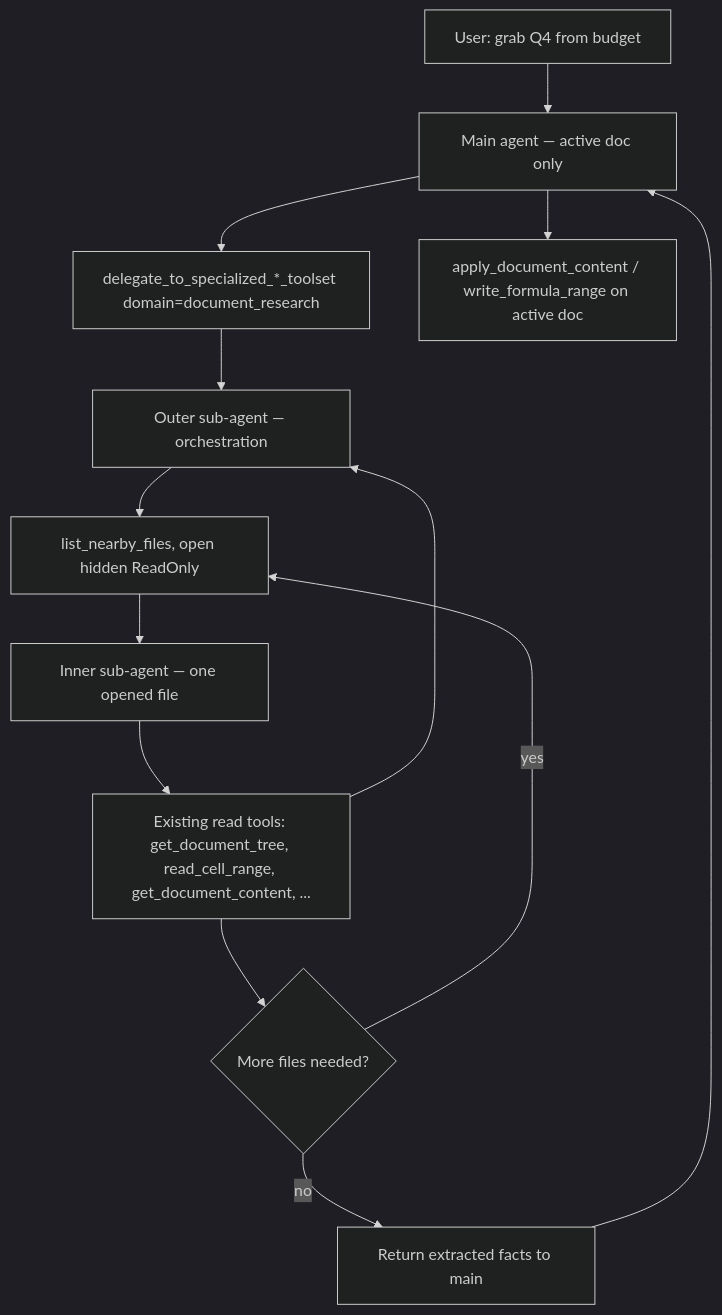
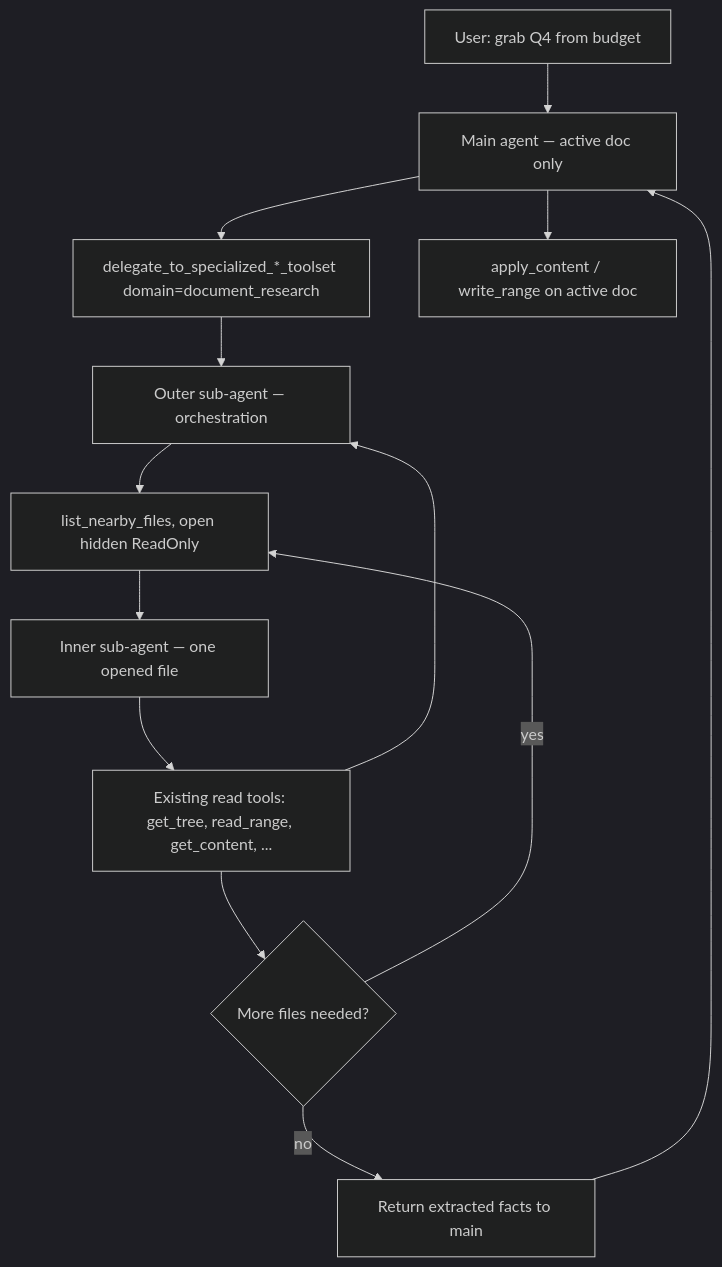
Before and after one commit to KeithCu/writeragent: the second of 3 diagrams in docs/chat/multi-document-dev-plan.md, drawn with Mermaid (dark theme). The commit also changed other lines of this file and 327 other files, not shown here.

````diff
--- a/docs/chat/multi-document-dev-plan.md
+++ b/docs/chat/multi-document-dev-plan.md
@@ -101,22 +101,22 @@
 ```mermaid
 flowchart TD
     UserMsg["User: grab Q4 from budget"]
     MainAgent["Main agent — active doc only"]
     Delegate["delegate_to_specialized_*_toolset domain=document_research"]
     Outer["Outer sub-agent — orchestration"]
     ListOpen["list_nearby_files, open hidden ReadOnly"]
     Inner["Inner sub-agent — one opened file"]
-    ReadTools["Existing read tools: get_document_tree, read_cell_range, get_document_content, ..."]
+    ReadTools["Existing read tools: get_tree, read_range, get_content, ..."]
     MoreFiles{"More files needed?"}
     OuterReturn["Return extracted facts to main"]
-    WriteActive["apply_document_content / write_formula_range on active doc"]
+    WriteActive["apply_content / write_range on active doc"]
 
     UserMsg --> MainAgent
     MainAgent --> Delegate --> Outer
     Outer --> ListOpen --> Inner
     Inner --> ReadTools --> Outer
     ReadTools --> MoreFiles
     MoreFiles -->|yes| ListOpen
     MoreFiles -->|no| OuterReturn --> MainAgent
     MainAgent --> WriteActive
 ```
````
